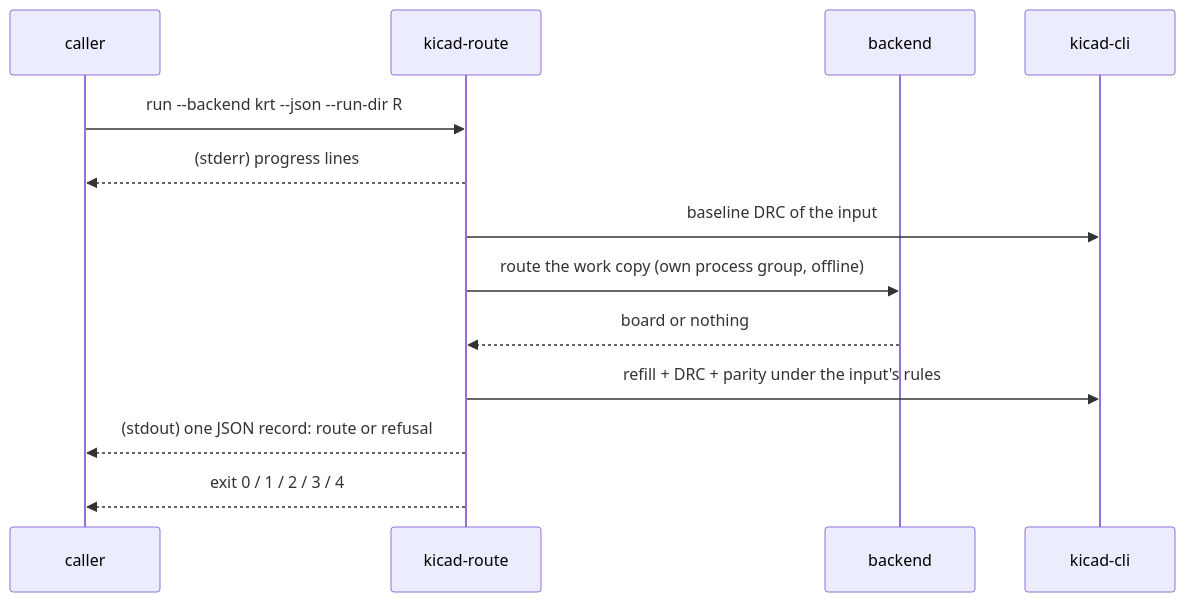
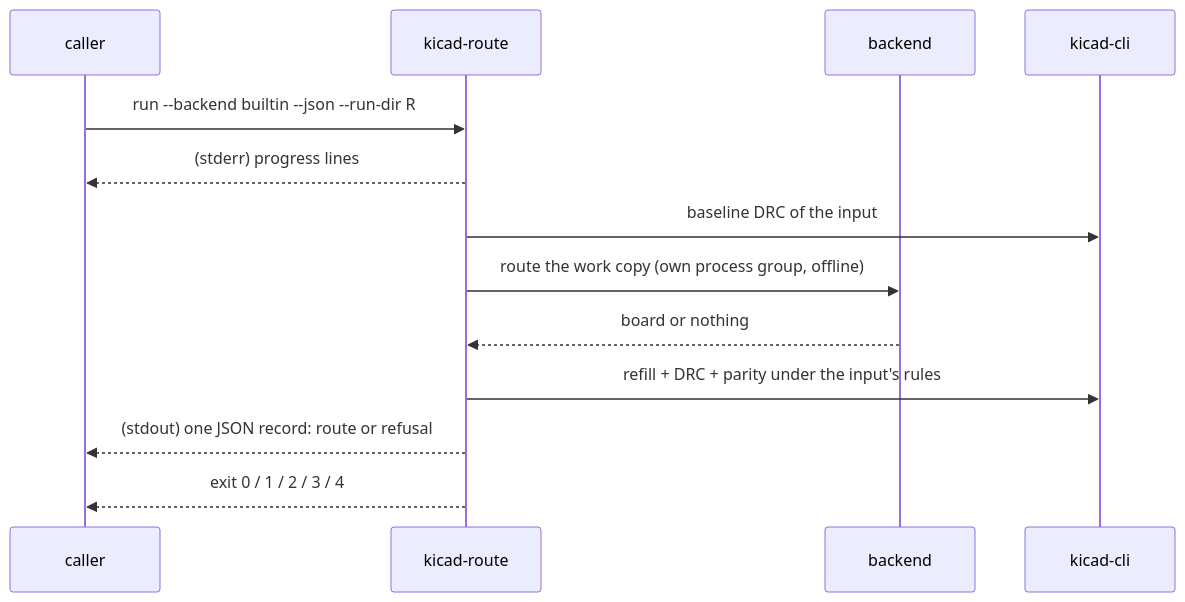
The first of 4 diagrams in docs/guide/automation.md (halbritt/kicad-route), drawn with Mermaid before and after one commit. The commit also changed other lines of this file and 44 other files, not shown here.

Commit message:
Name the owned routing backend builtin (KICADROUTE-82)

````diff
--- a/docs/guide/automation.md
+++ b/docs/guide/automation.md
@@ -22,15 +22,15 @@
 ```mermaid
 sequenceDiagram
     participant C as caller
     participant K as kicad-route
     participant B as backend
     participant D as kicad-cli
-    C->>K: run --backend krt --json --run-dir R
+    C->>K: run --backend builtin --json --run-dir R
     K-->>C: (stderr) progress lines
     K->>D: baseline DRC of the input
     K->>B: route the work copy (own process group, offline)
     B-->>K: board or nothing
     K->>D: refill + DRC + parity under the input's rules
     K-->>C: (stdout) one JSON record: route or refusal
     K-->>C: exit 0 / 1 / 2 / 3 / 4
 ```
````
